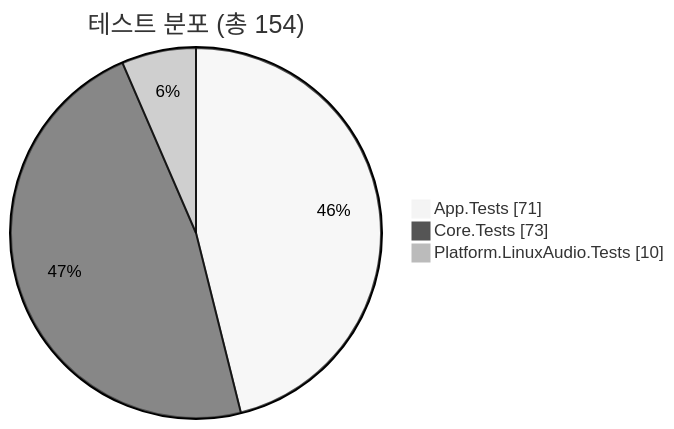
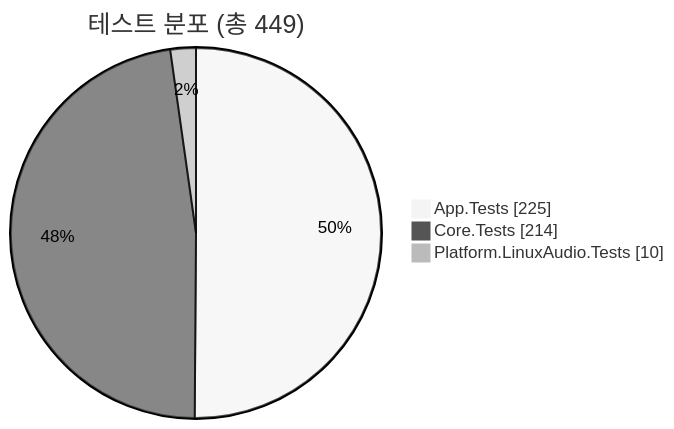
One commit to Jae-hong-5/TimeGrapher-Net changed the fourth of 4 diagrams in README.ko.md. Above: the diagram before and after it, drawn with Mermaid (neutral theme). The commit also changed other lines of this file and 1 other file, not shown here.

````diff
--- a/README.ko.md
+++ b/README.ko.md
@@ -255,7 +254,7 @@
 ```mermaid
 pie showData
-    title 테스트 분포 (총 154)
-    "App.Tests" : 71
-    "Core.Tests" : 73
+    title 테스트 분포 (총 449)
+    "App.Tests" : 225
+    "Core.Tests" : 214
     "Platform.LinuxAudio.Tests" : 10
 ```
````
